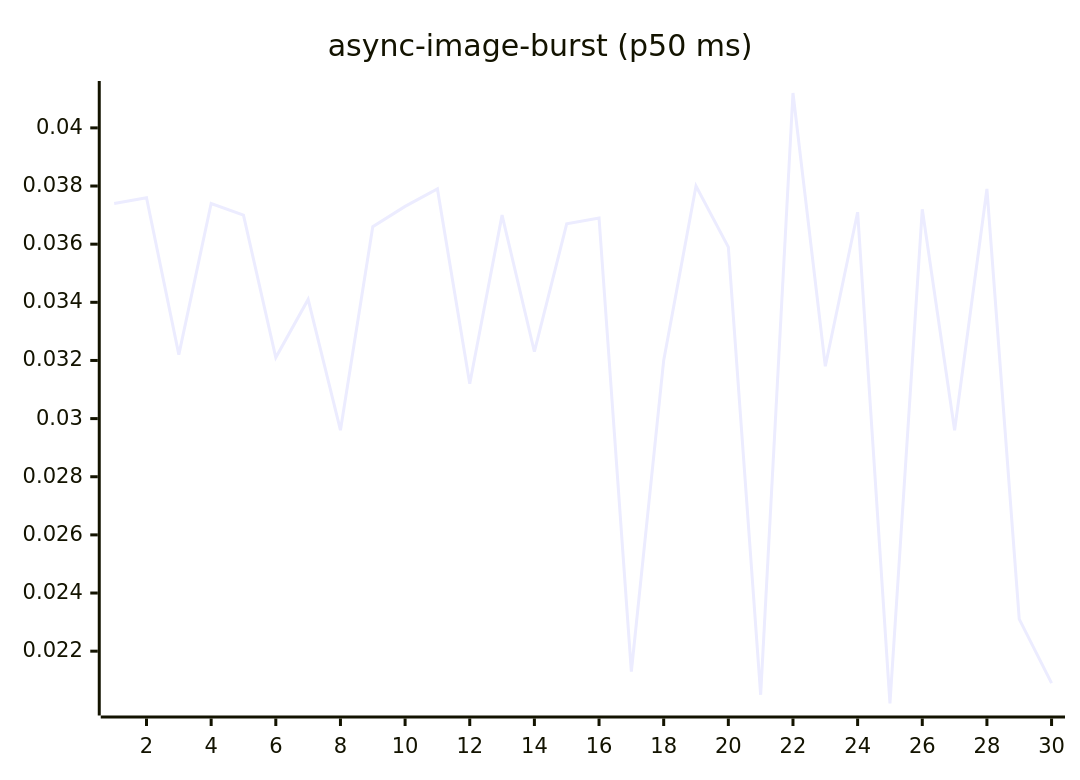
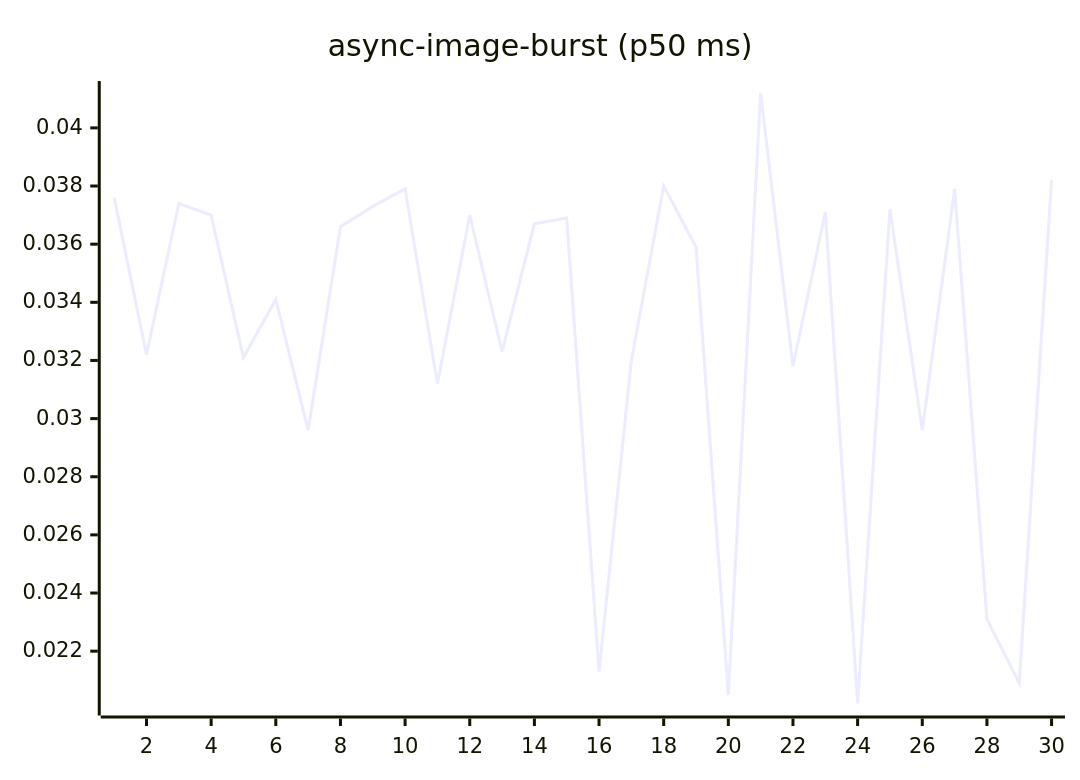
The fourth of 27 diagrams in README.md (josha/Facet), drawn with Mermaid before and after one commit. The commit also changed other lines of this file and 2 other files, not shown here.

````diff
--- a/README.md
+++ b/README.md
@@ -84,6 +84,6 @@
 ```mermaid
 xychart-beta
     title "async-image-burst (p50 ms)"
     x-axis 1 --> 30
-    line [0.0374, 0.0376, 0.0322, 0.0374, 0.0370, 0.0321, 0.0341, 0.0296, 0.0366, 0.0373, 0.0379, 0.0312, 0.0370, 0.0323, 0.0367, 0.0369, 0.0213, 0.0320, 0.0380, 0.0359, 0.0205, 0.0412, 0.0318, 0.0371, 0.0202, 0.0372, 0.0296, 0.0379, 0.0231, 0.0209]
+    line [0.0376, 0.0322, 0.0374, 0.0370, 0.0321, 0.0341, 0.0296, 0.0366, 0.0373, 0.0379, 0.0312, 0.0370, 0.0323, 0.0367, 0.0369, 0.0213, 0.0320, 0.0380, 0.0359, 0.0205, 0.0412, 0.0318, 0.0371, 0.0202, 0.0372, 0.0296, 0.0379, 0.0231, 0.0209, 0.0382]
 ```
````
